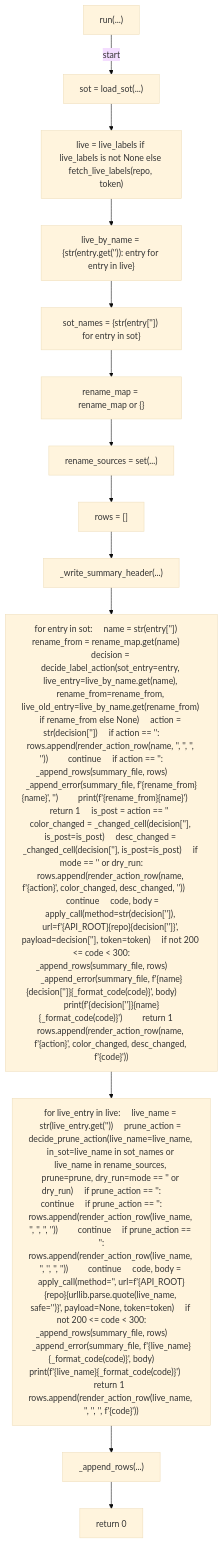
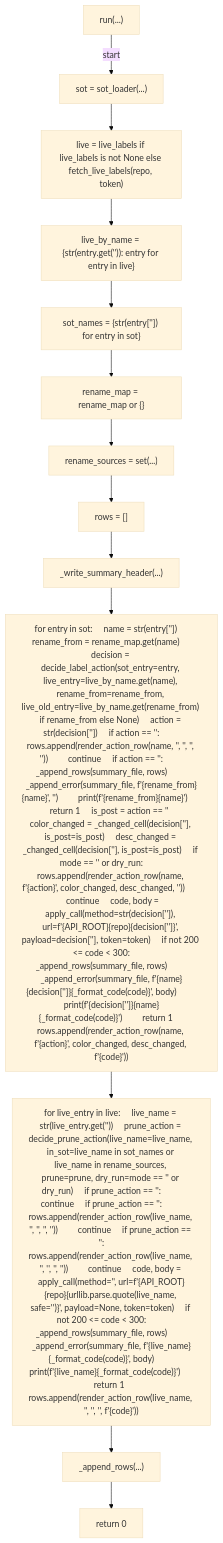
The tenth of 20 diagrams in docs/generated/scripts/ast/labels_apply.md (tvna/claude-md), drawn with Mermaid (base theme) before and after one commit. The commit also changed other lines of this file and 2 other files, not shown here.

First line of the commit message:
docs(generated): regenerate decision tree and workflow diagrams (#2481)

````diff
--- a/docs/generated/scripts/ast/labels_apply.md
+++ b/docs/generated/scripts/ast/labels_apply.md
@@ -140,28 +182,28 @@
 ```mermaid
 flowchart TD
     N001["run(...)"]
-    N002["sot = load_sot(...)"]
+    N002["sot = sot_loader(...)"]
     N003["live = live_labels if live_labels is not None else fetch_live_labels(repo, token)"]
     N004["live_by_name = {str(entry.get('<str>')): entry for entry in live}"]
     N005["sot_names = {str(entry['<str>']) for entry in sot}"]
     N006["rename_map = rename_map or {}"]
     N007["rename_sources = set(...)"]
     N008["rows = []"]
     N009["_write_summary_header(...)"]
     N010["for entry in sot:     name = str(entry['<str>'])     rename_from = rename_map.get(name)     decision = decide_label_action(sot_entry=entry, live_entry=live_by_name.get(name), rename_from=rename_from, live_old_entry=live_by_name.get(rename_from) if rename_from else None)     action = str(decision['<str>'])     if action == '<str>':         rows.append(render_action_row(name, '<str>', '<str>', '<str>', '<str>'))         continue     if action == '<str>':         _append_rows(summary_file, rows)         _append_error(summary_file, f'<str>{rename_from}<str>{name}<str>', '<str>')         print(f'<str>{rename_from}<str>{name}<str>')         return 1     is_post = action == '<str>'     color_changed = _changed_cell(decision['<str>'], is_post=is_post)     desc_changed = _changed_cell(decision['<str>'], is_post=is_post)     if mode == '<str>' or dry_run:         rows.append(render_action_row(name, f'<str>{action}<str>', color_changed, desc_changed, '<str>'))         continue     code, body = apply_call(method=str(decision['<str>']), url=f'{API_ROOT}<str>{repo}{decision['<str>']}', payload=decision['<str>'], token=token)     if not 200 <= code < 300:         _append_rows(summary_file, rows)         _append_error(summary_file, f'<str>{name}<str>{decision['<str>']}<str>{_format_code(code)}<str>', body)         print(f'<str>{decision['<str>']}<str>{name}<str>{_format_code(code)}<str>')         return 1     rows.append(render_action_row(name, f'{action}<str>', color_changed, desc_changed, f'<str>{code}'))"]
     N011["for live_entry in live:     live_name = str(live_entry.get('<str>'))     prune_action = decide_prune_action(live_name=live_name, in_sot=live_name in sot_names or live_name in rename_sources, prune=prune, dry_run=mode == '<str>' or dry_run)     if prune_action == '<str>':         continue     if prune_action == '<str>':         rows.append(render_action_row(live_name, '<str>', '<str>', '<str>', '<str>'))         continue     if prune_action == '<str>':         rows.append(render_action_row(live_name, '<str>', '<str>', '<str>', '<str>'))         continue     code, body = apply_call(method='<str>', url=f'{API_ROOT}<str>{repo}<str>{urllib.parse.quote(live_name, safe='<str>')}', payload=None, token=token)     if not 200 <= code < 300:         _append_rows(summary_file, rows)         _append_error(summary_file, f'<str>{live_name}<str>{_format_code(code)}<str>', body)         print(f'<str>{live_name}<str>{_format_code(code)}<str>')         return 1     rows.append(render_action_row(live_name, '<str>', '<str>', '<str>', f'<str>{code}'))"]
     N012["_append_rows(...)"]
     N013["return 0"]
     N001 -->|"start"| N002
     N002 --> N003
     N003 --> N004
     N004 --> N005
     N005 --> N006
     N006 --> N007
     N007 --> N008
     N008 --> N009
     N009 --> N010
     N010 --> N011
     N011 --> N012
     N012 --> N013
 ```
````
